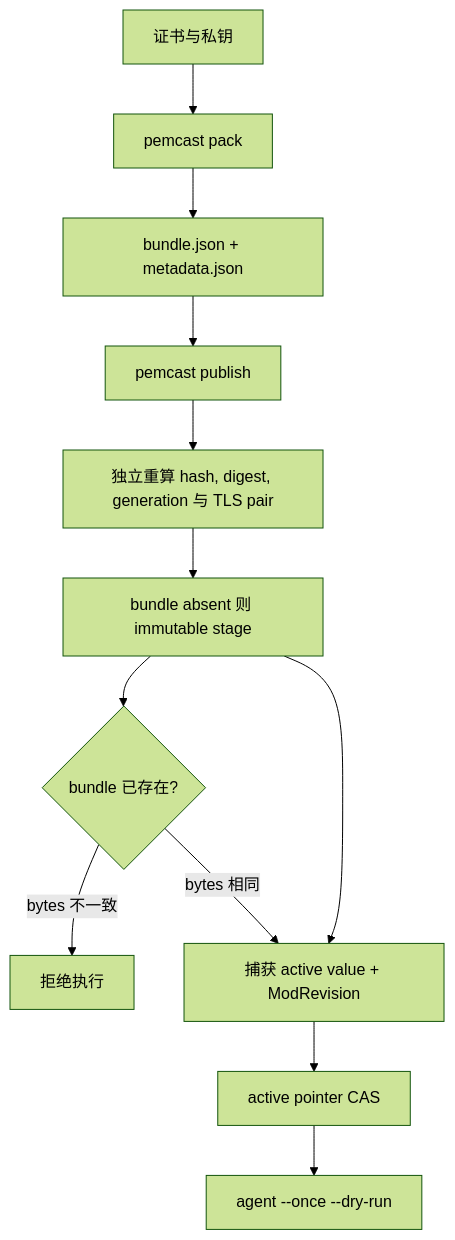
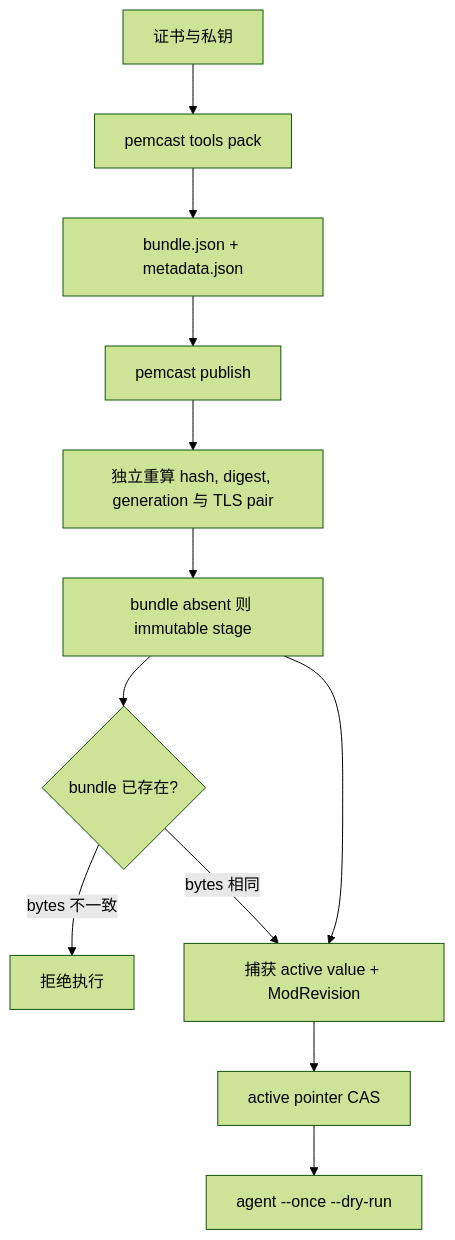
The diagram in .agents/skills/repo-deployment/references/publishing.md (lwmacct/260907-pemcast), drawn with Mermaid (forest theme) before and after one commit. The commit also changed other lines of this file and 20 other files, not shown here.

````diff
--- a/.agents/skills/repo-deployment/references/publishing.md
+++ b/.agents/skills/repo-deployment/references/publishing.md
@@ -12,14 +12,14 @@
 ```mermaid
 flowchart TD
-    material["证书与私钥"] --> pack["pemcast pack"]
+    material["证书与私钥"] --> pack["pemcast tools pack"]
     pack --> artifacts["bundle.json + metadata.json"]
     artifacts --> publish["pemcast publish"]
     publish --> validate["独立重算 hash, digest, generation 与 TLS pair"]
     validate --> stage["bundle absent 则 immutable stage"]
     stage --> existing{"bundle 已存在?"}
     existing -->|"bytes 不一致"| stop["拒绝执行"]
     existing -->|"bytes 相同"| capture["捕获 active value + ModRevision"]
     stage --> capture
     capture --> pointer["active pointer CAS"]
     pointer --> dryrun["agent --once --dry-run"]
 ```
````
